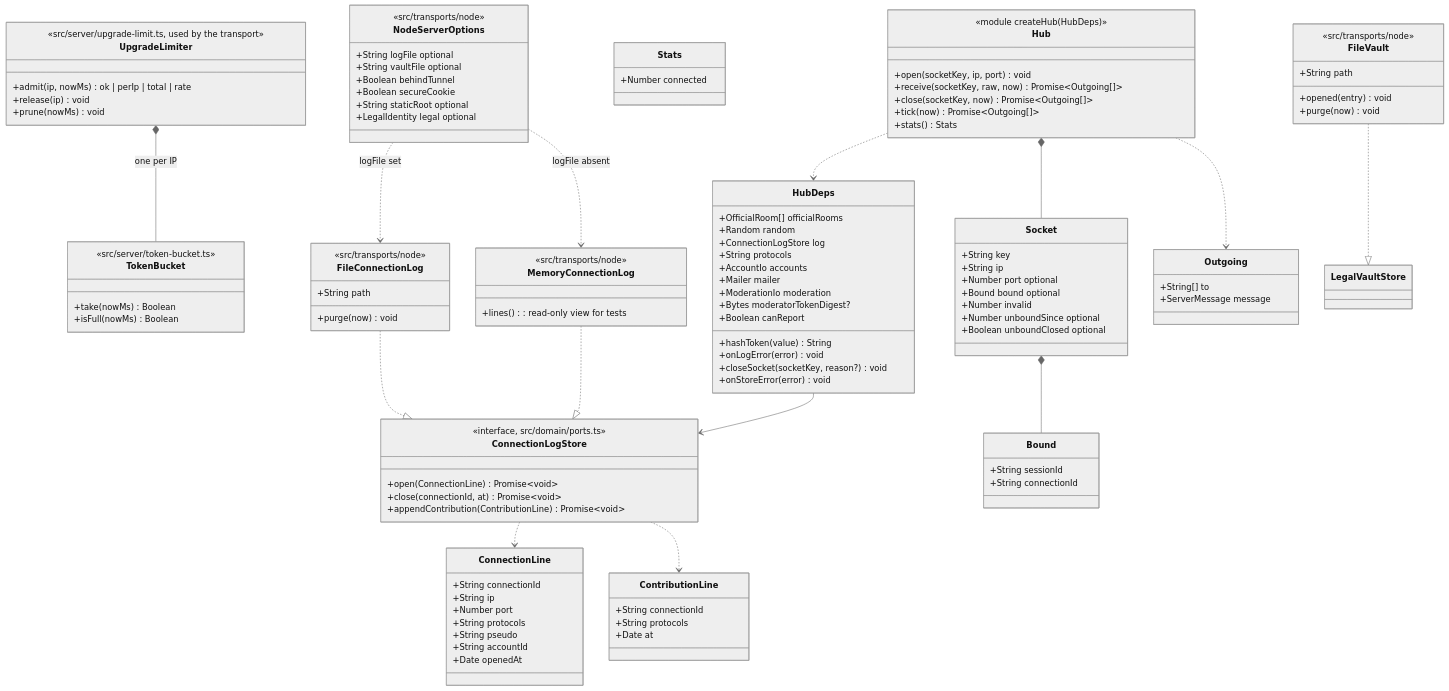
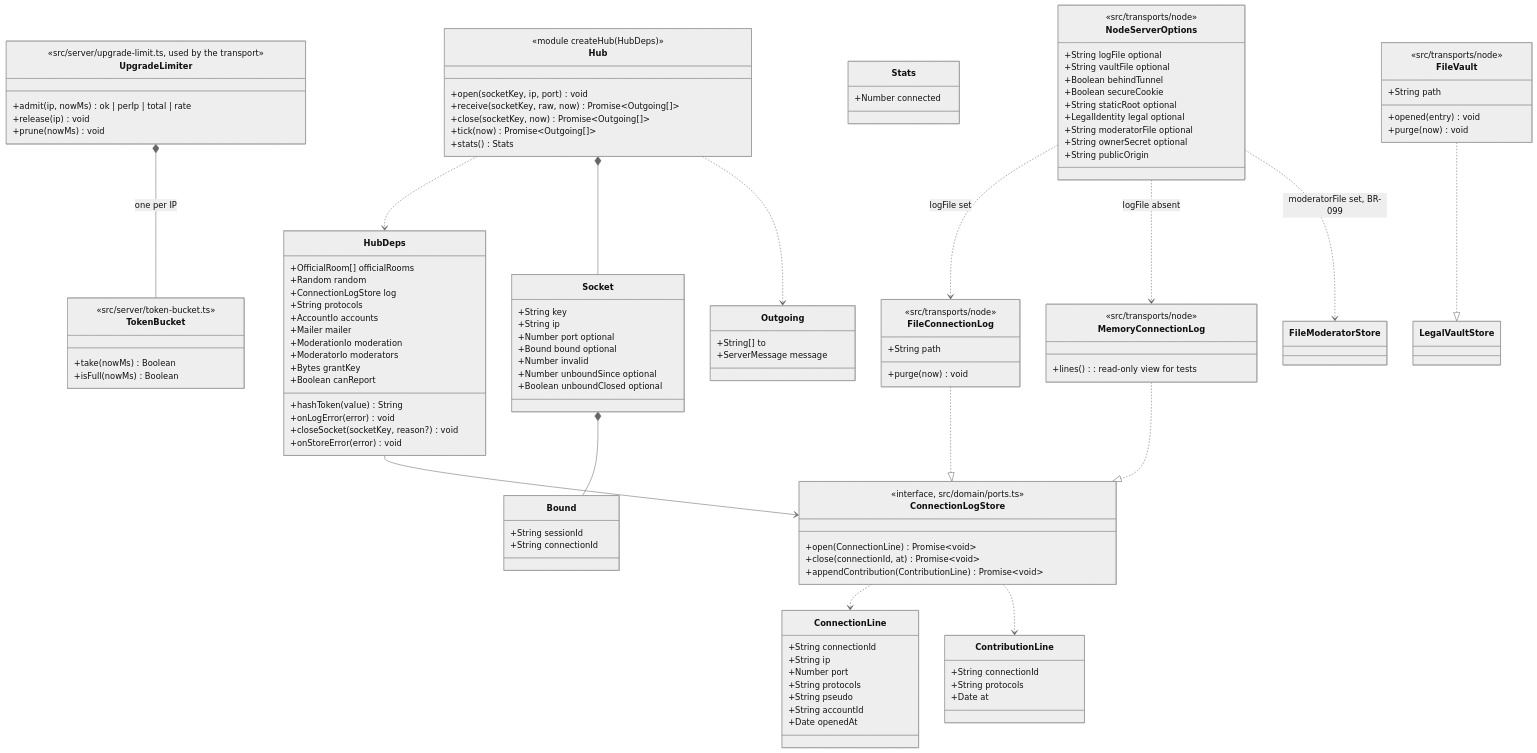
One commit to benoit-bremaud/asv changed the first of 2 diagrams in docs/architecture/diagrams/platform/04c-class-server-hub.md. Above: the diagram before and after it, drawn with Mermaid (neutral theme). The commit also changed other lines of this file and 16 other files, not shown here.

First line of the commit message:
docs(moderation): conception study for moderator passkeys on Node (8b) (#218)

````diff
--- a/docs/architecture/diagrams/platform/04c-class-server-hub.md
+++ b/docs/architecture/diagrams/platform/04c-class-server-hub.md
@@ -37,7 +37,8 @@
     +Mailer mailer
     +onStoreError(error) void
     +ModerationIo moderation
-    +Bytes moderatorTokenDigest?
+    +ModeratorIo moderators
+    +Bytes grantKey
     +Boolean canReport
   }
   class ConnectionLogStore {
@@ -125,7 +126,11 @@
     +Boolean secureCookie
     +String staticRoot optional
     +LegalIdentity legal optional
+    +String moderatorFile optional
+    +String ownerSecret optional
+    +String publicOrigin
   }
   NodeServerOptions ..> FileConnectionLog : logFile set
   NodeServerOptions ..> MemoryConnectionLog : logFile absent
+  NodeServerOptions ..> FileModeratorStore : moderatorFile set, BR-099
 ```
````
